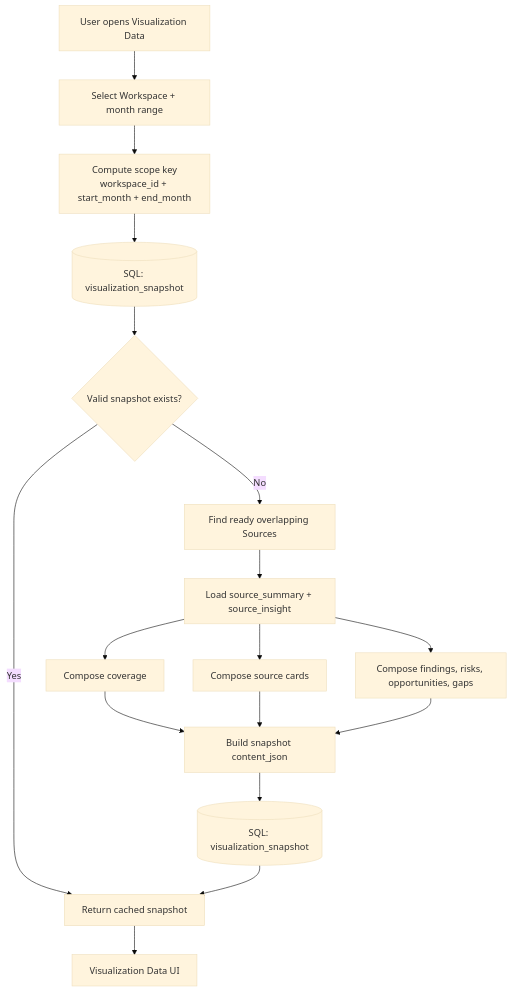
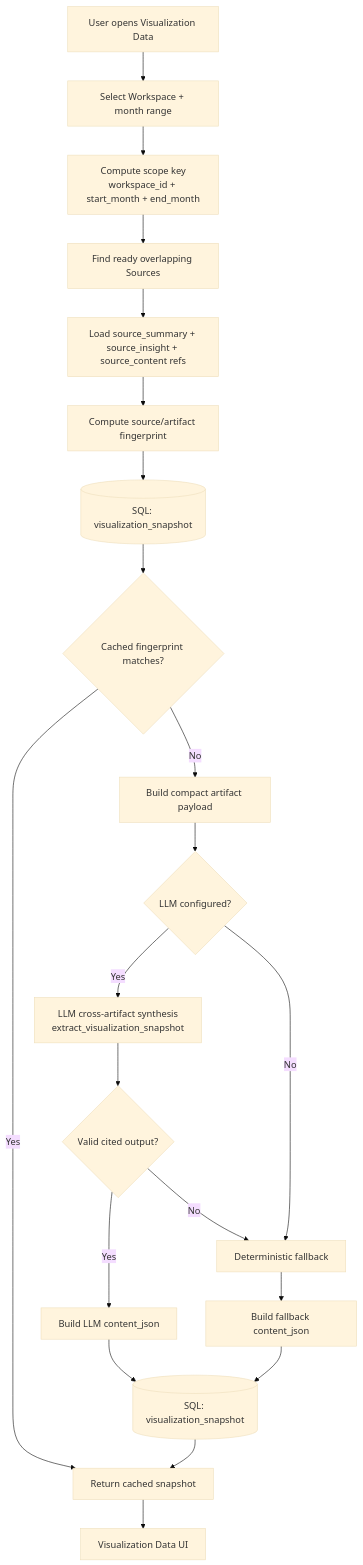
The fifth of 9 diagrams in docs/architecture.md (kodvel/final-project), drawn with Mermaid (base theme) before and after one commit. The commit also changed other lines of this file and 8 other files, not shown here.

Commit message:
feat: Implement LLM-first visualization composer with deterministic fallback.

````diff
--- a/docs/architecture.md
+++ b/docs/architecture.md
@@ -160,19 +160,23 @@
 ```mermaid
 flowchart TD
   A[User opens Visualization Data] --> B[Select Workspace + month range]
   B --> C[Compute scope key<br/>workspace_id + start_month + end_month]
-  C --> D[(SQL: visualization_snapshot)]
-  D --> E{Valid snapshot exists?}
-  E -->|Yes| F[Return cached snapshot]
-  E -->|No| G[Find ready overlapping Sources]
-  G --> H[Load source_summary + source_insight]
-  H --> I[Compose coverage]
-  H --> J[Compose source cards]
-  H --> K[Compose findings, risks, opportunities, gaps]
-  I --> L[Build snapshot content_json]
-  J --> L
-  K --> L
-  L --> M[(SQL: visualization_snapshot)]
-  M --> F
-  F --> N[Visualization Data UI]
+  C --> D[Find ready overlapping Sources]
+  D --> E[Load source_summary + source_insight + source_content refs]
+  E --> F[Compute source/artifact fingerprint]
+  F --> G[(SQL: visualization_snapshot)]
+  G --> H{Cached fingerprint matches?}
+  H -->|Yes| I[Return cached snapshot]
+  H -->|No| J[Build compact artifact payload]
+  J --> K{LLM configured?}
+  K -->|Yes| L[LLM cross-artifact synthesis<br/>extract_visualization_snapshot]
+  L --> M{Valid cited output?}
+  M -->|Yes| N[Build LLM content_json]
+  K -->|No| O[Deterministic fallback]
+  M -->|No| O
+  O --> P[Build fallback content_json]
+  N --> Q[(SQL: visualization_snapshot)]
+  P --> Q
+  Q --> I
+  I --> R[Visualization Data UI]
 ```
````
